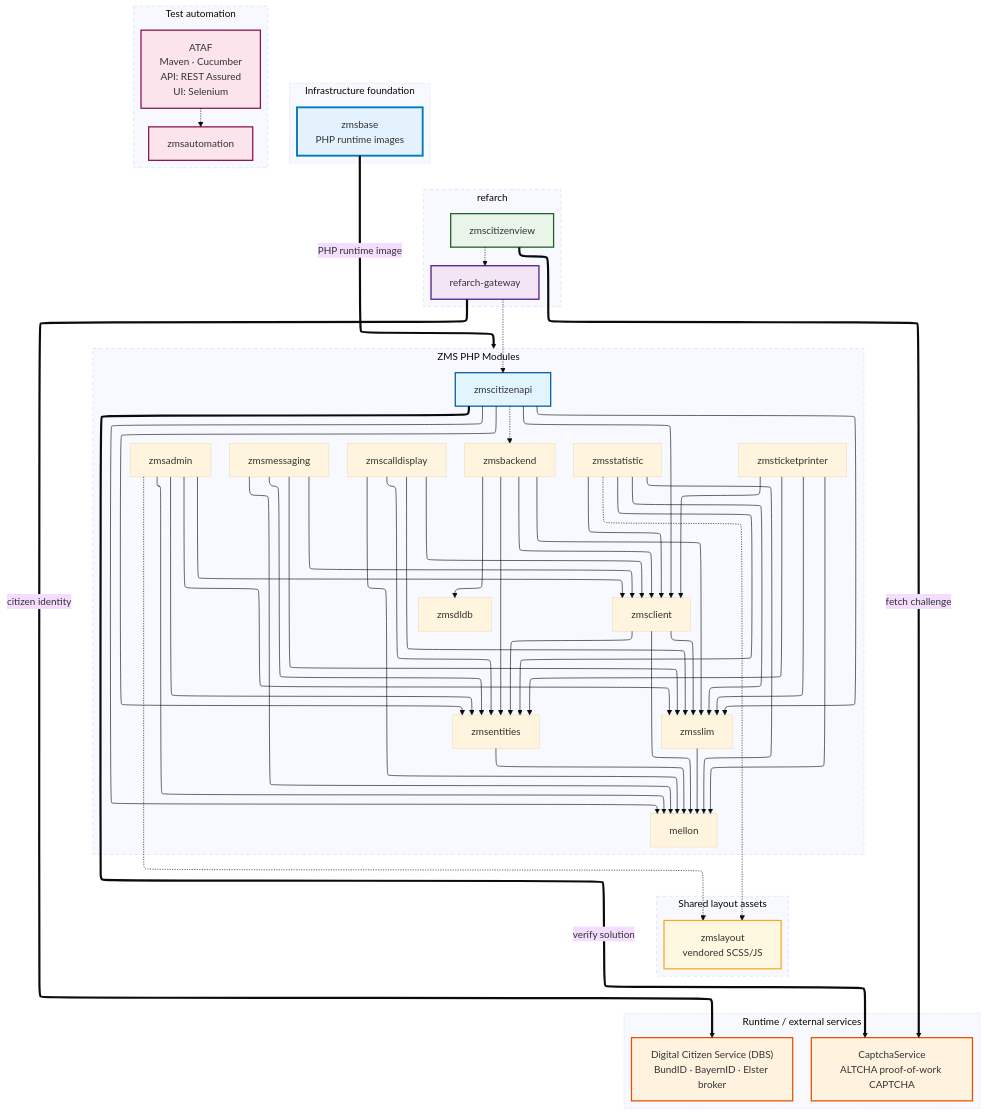
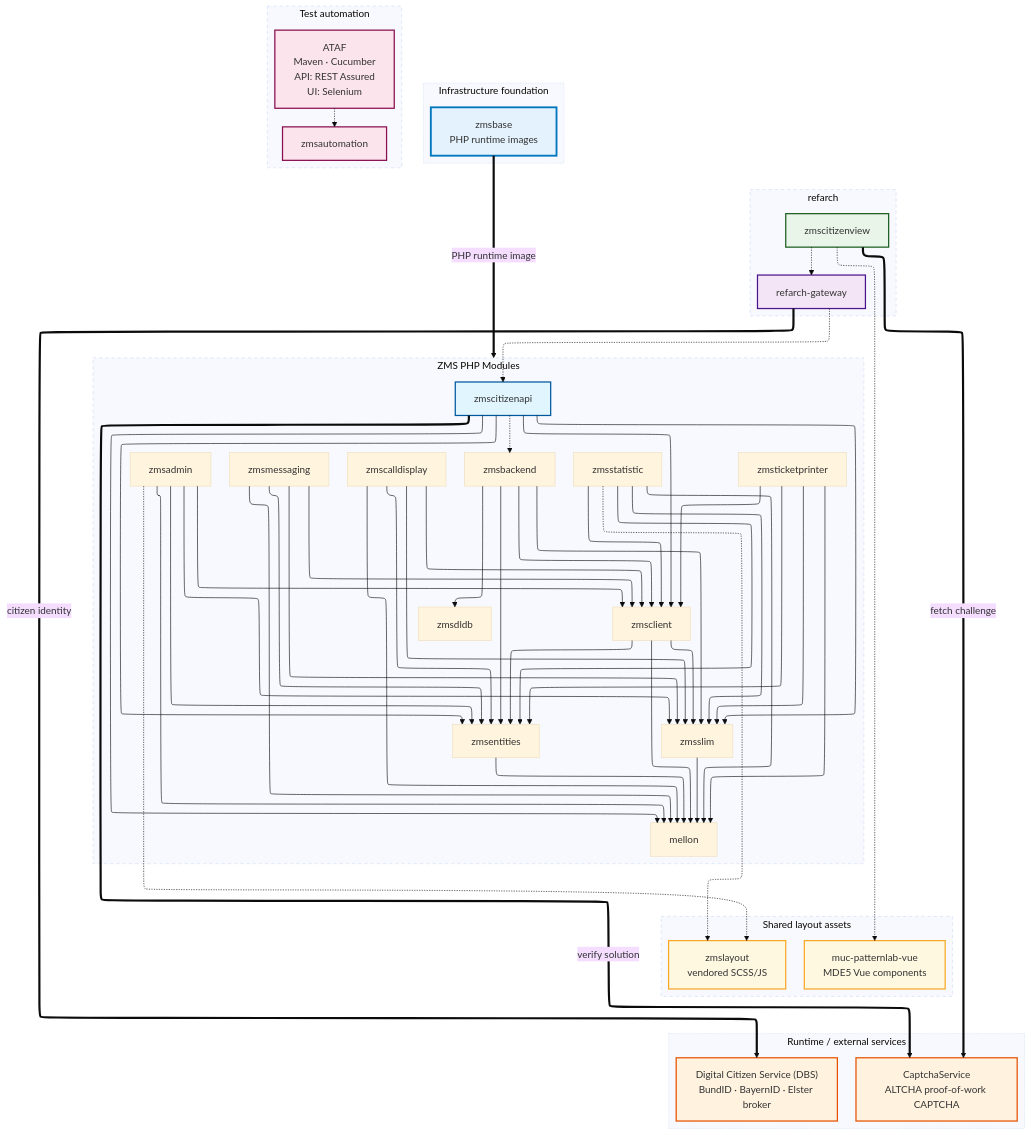
One commit to it-at-m/eappointment changed the diagram in docs/en/setup-and-development/development-rules/dependency-graph.md. Above: the diagram before and after it, drawn with Mermaid (base theme). The commit also changed other lines of this file and 1 other file, not shown here.

First line of the commit message:
docs(ZMS): add muc-patternlab-vue to the dependency graph

````diff
--- a/docs/en/setup-and-development/development-rules/dependency-graph.md
+++ b/docs/en/setup-and-development/development-rules/dependency-graph.md
@@ -34,9 +35,10 @@
 
     zmscitizenapi --> mellon & zmsslim & zmsclient & zmsentities;
 
-    %% npm file: dependencies (dashed)
+    %% npm dependencies (dashed)
     zmsadmin -.-> zmslayout;
     zmsstatistic -.-> zmslayout;
+    zmscitizenview -.-> mucpatternlab;
 
     %% Build / integration dependencies (dashed)
     zmscitizenapi -.-> zmsbackend;
@@ -95,6 +97,7 @@
     subgraph shared_frontend [Shared layout assets]
         style shared_frontend stroke-dasharray: 5, 2, 1, 2
         zmslayout["zmslayout<br>vendored SCSS/JS"]
+        mucpatternlab["muc-patternlab-vue<br>MDE5 Vue components"]
     end
 
     %% Styling
@@ -115,4 +118,5 @@
     class zmsautomation automation;
     class ataf automation;
     class zmslayout layout;
+    class mucpatternlab layout;
 ```
````
